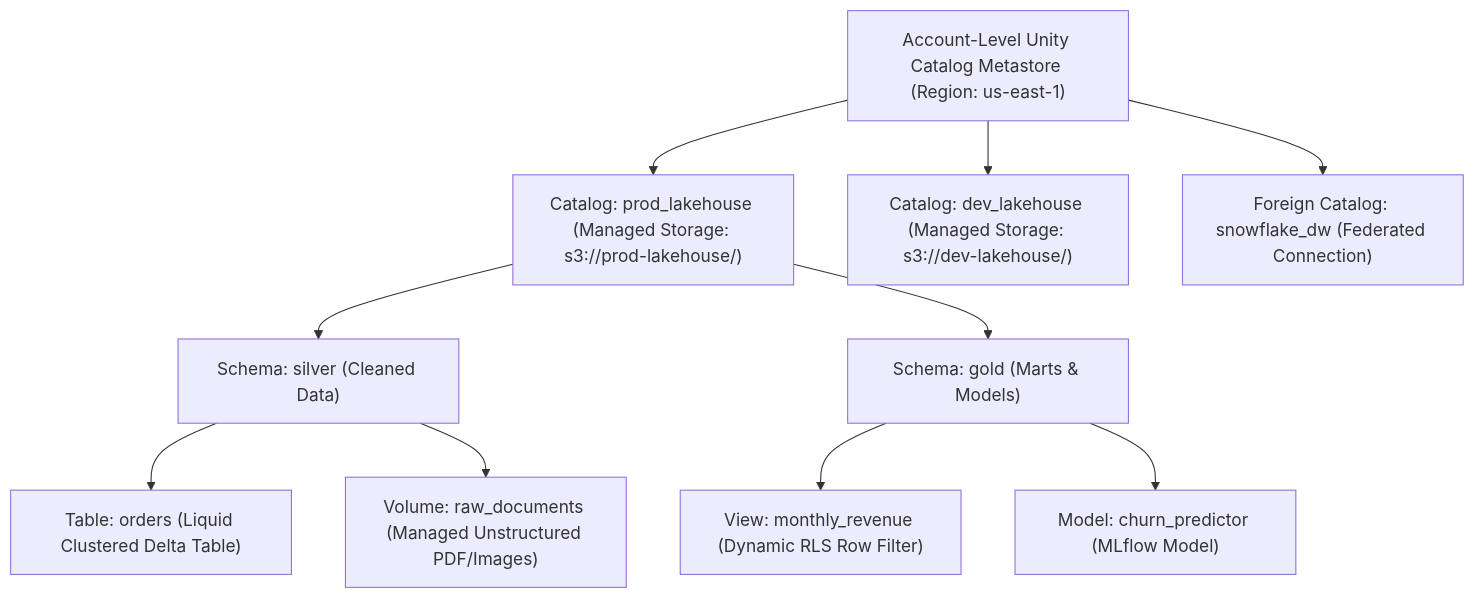
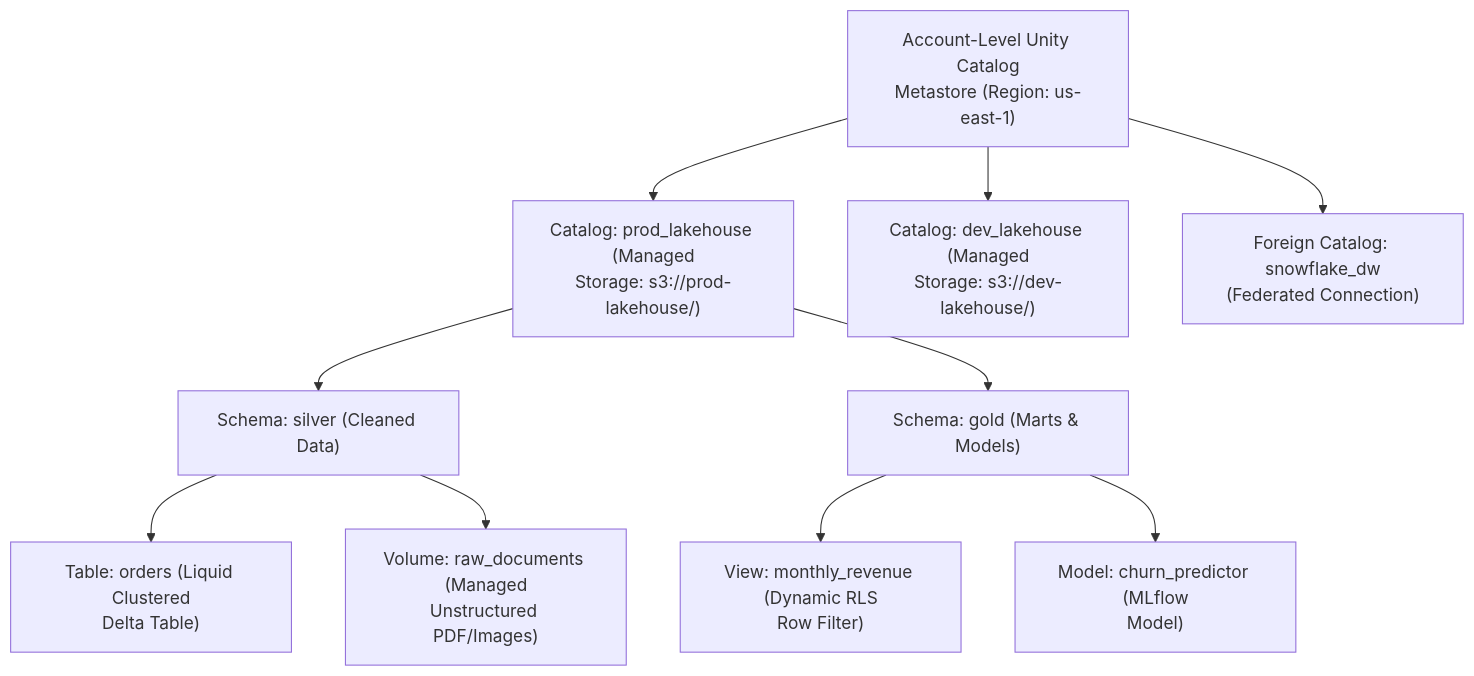
Before and after one commit to santoshjammi29/databricks-handbook: the second of 3 diagrams in README.md, drawn with Mermaid. The commit also changed other lines of this file and 8 other files, not shown here.

Commit message:
fix(diagrams): word-wrap labels and escape comparison operators across all diagrams

````diff
--- a/README.md
+++ b/README.md
@@ -130,16 +130,16 @@
 ```mermaid
 flowchart TD
-    Metastore["Account-Level Unity Catalog Metastore (Region: us-east-1)"]
+    Metastore["Account-Level Unity Catalog<br/>Metastore (Region: us-east-1)"]
 
-    Metastore --> CatProd["Catalog: prod_lakehouse (Managed Storage: s3://prod-lakehouse/)"]
-    Metastore --> CatDev["Catalog: dev_lakehouse (Managed Storage: s3://dev-lakehouse/)"]
-    Metastore --> CatFed["Foreign Catalog: snowflake_dw (Federated Connection)"]
+    Metastore --> CatProd["Catalog: prod_lakehouse (Managed<br/>Storage: s3://prod-lakehouse/)"]
+    Metastore --> CatDev["Catalog: dev_lakehouse (Managed<br/>Storage: s3://dev-lakehouse/)"]
+    Metastore --> CatFed["Foreign Catalog: snowflake_dw<br/>(Federated Connection)"]
 
     CatProd --> SchSilver["Schema: silver (Cleaned Data)"]
     CatProd --> SchGold["Schema: gold (Marts & Models)"]
 
-    SchSilver --> TblOrders["Table: orders (Liquid Clustered Delta Table)"]
-    SchSilver --> VolLanding["Volume: raw_documents (Managed Unstructured PDF/Images)"]
-    SchGold --> ViewRevenue["View: monthly_revenue (Dynamic RLS Row Filter)"]
-    SchGold --> ModelProphet["Model: churn_predictor (MLflow Model)"]
+    SchSilver --> TblOrders["Table: orders (Liquid Clustered<br/>Delta Table)"]
+    SchSilver --> VolLanding["Volume: raw_documents (Managed<br/>Unstructured PDF/Images)"]
+    SchGold --> ViewRevenue["View: monthly_revenue (Dynamic RLS<br/>Row Filter)"]
+    SchGold --> ModelProphet["Model: churn_predictor (MLflow<br/>Model)"]
 ```
````
